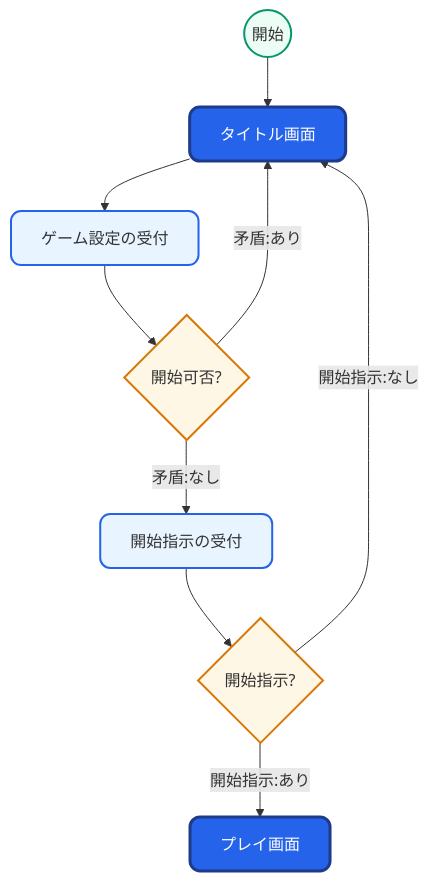
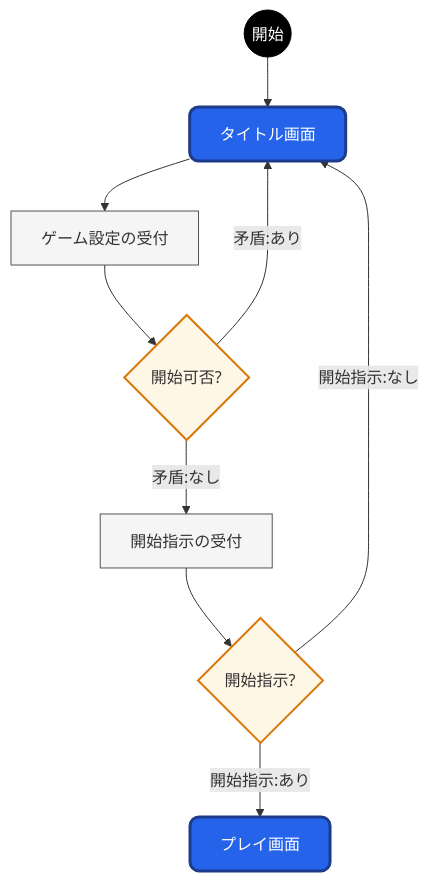
One commit to kureha001/MMP changed the third of 5 diagrams in ゲーム/03_MechHunter/README/30_シーン管理.MD. Above: the diagram before and after it, drawn with Mermaid. The commit also changed other lines of this file and 1 other file, not shown here.

````diff
--- a/ゲーム/03_MechHunter/README/30_シーン管理.MD
+++ b/ゲーム/03_MechHunter/README/30_シーン管理.MD
@@ -83,27 +88,28 @@
 ```mermaid
 flowchart TB
-%% ---- Styles ----
-classDef screen     fill:#e8f4ff,stroke:#2563eb,stroke-width:2px,rx:10,ry:10
-classDef decision   fill:#fff7e6,stroke:#d97706,stroke-width:2px
-classDef startNode  fill:#ecfdf5,stroke:#059669,stroke-width:2px,rx:10,ry:10
-classDef highlight  fill:#2563eb,color:#ffffff,stroke:#1e3a8a,stroke-width:3px,rx:10,ry:10
+%% ==== 書式 ====
+classDef 開始 fill:#000000,color:#ffffff,stroke:#000000;
+classDef 画面 fill:#2563eb,color:#ffffff,stroke:#1e3a8a,stroke-width:3px,rx:9,ry:9;
+classDef サブ fill:#e8f4ff,stroke:#2563eb,stroke-width:2px,rx:9,ry:9;
+classDef 処理 fill:#f5f5f5,stroke:#535353;
+classDef 分岐 fill:#fff7e6,stroke:#d97706,stroke-width:2px;
 
-%% ---- Nodes ----
-start((開始)):::startNode
-T[タイトル画面]:::highlight
-S[ゲーム設定の受付]:::screen
-D1{開始可否?}:::decision
-SI[開始指示の受付]:::screen
-D2{開始指示?}:::decision
-P[プレイ画面]:::highlight
+%% ==== ノード ====
+start((開始)):::開始
+T[タイトル画面]:::画面
+S[ゲーム設定の受付]:::処理
+D1{開始可否?}:::分岐
+SI[開始指示の受付]:::処理
+D2{開始指示?}:::分岐
+P[プレイ画面]:::画面
 
-%% ---- Flow ----
+%% ==== 処理順序 ====
 start --> T
 T --> S
 S --> D1
 D1 -- 矛盾:あり --> T
 D1 -- 矛盾:なし --> SI
 SI --> D2
 D2 -- 開始指示:なし --> T
 D2 -- 開始指示:あり --> P
 ```
````
